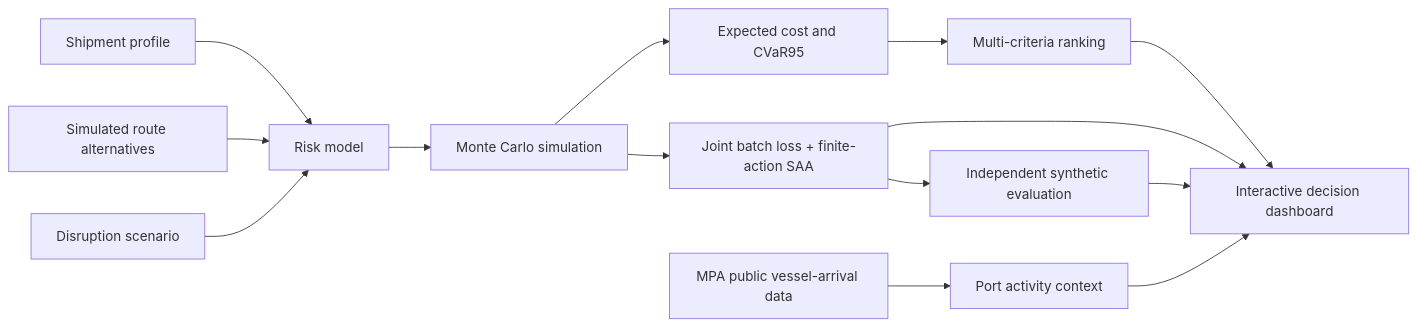
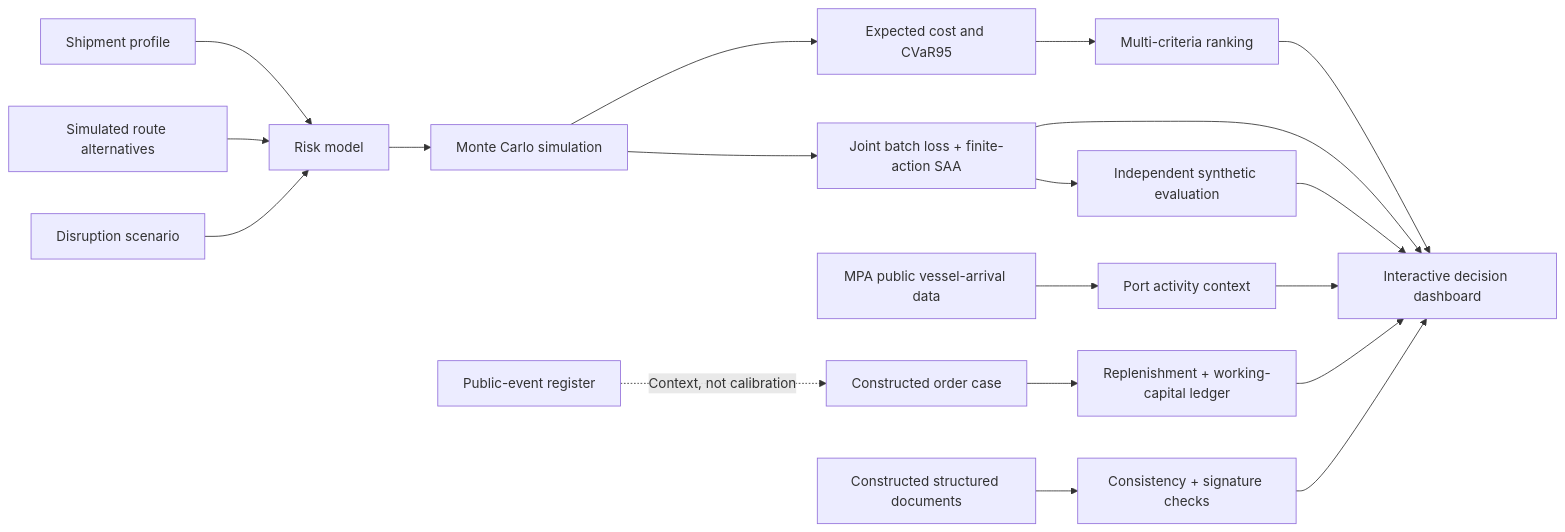
Before and after one commit to sitora77/harborshield: the diagram in README.md, drawn with Mermaid. The commit also changed other lines of this file and 1 other file, not shown here.

Commit message:
Document live case evidence and extended architecture

````diff
--- a/README.md
+++ b/README.md
@@ -34,16 +39,21 @@
 ```mermaid
 flowchart LR
     A[Shipment profile] --> D[Risk model]
     B[Simulated route alternatives] --> D
     C[Disruption scenario] --> D
     D --> E[Monte Carlo simulation]
     E --> F[Expected cost and CVaR95]
     F --> G[Multi-criteria ranking]
     E --> H[Joint batch loss + finite-action SAA]
     H --> L[Independent synthetic evaluation]
     I[MPA public vessel-arrival data] --> J[Port activity context]
     G --> K[Interactive decision dashboard]
     H --> K
     L --> K
     J --> K
+    M[Public-event register] -. Context, not calibration .-> N[Constructed order case]
+    N --> O[Replenishment + working-capital ledger]
+    O --> K
+    P[Constructed structured documents] --> Q[Consistency + signature checks]
+    Q --> K
 ```
````
